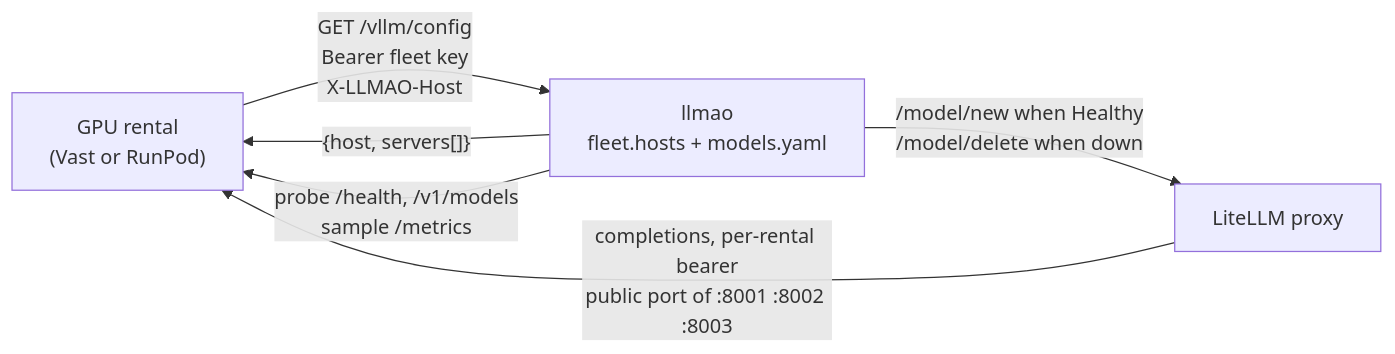
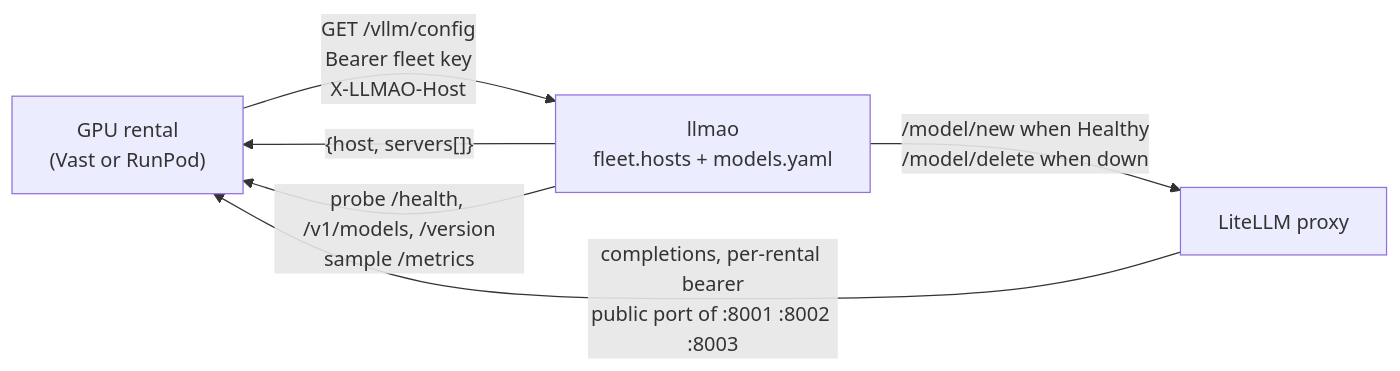
One commit to apache/tooling-llmao changed the first of 2 diagrams in docs/rental-protocol.md. Above: the diagram before and after it, drawn with Mermaid. The commit also changed 5 other files, not shown here.

````diff
--- a/docs/rental-protocol.md
+++ b/docs/rental-protocol.md
@@ -12,11 +12,11 @@
 ```mermaid
 flowchart LR
     RENTAL["GPU rental<br/>(Vast or RunPod)"]
     LLMAO["llmao<br/>fleet.hosts + models.yaml"]
     LITELLM["LiteLLM proxy"]
     RENTAL -- "GET /vllm/config<br/>Bearer fleet key<br/>X-LLMAO-Host" --> LLMAO
     LLMAO -- "{host, servers[]}" --> RENTAL
-    LLMAO -- "probe /health, /v1/models<br/>sample /metrics" --> RENTAL
+    LLMAO -- "probe /health, /v1/models, /version<br/>sample /metrics" --> RENTAL
     LLMAO -- "/model/new when Healthy<br/>/model/delete when down" --> LITELLM
     LITELLM -- "completions, per-rental bearer<br/>public port of :8001 :8002 :8003" --> RENTAL
 ```
````
